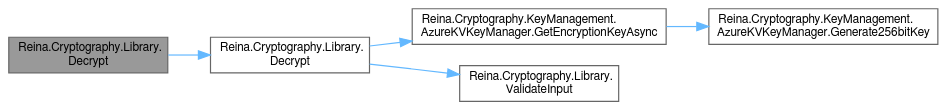
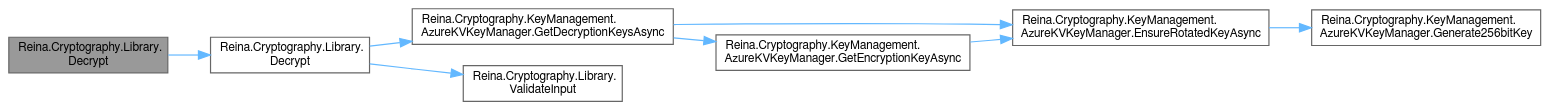
The diagram in class_reina_1_1_cryptography_1_1_library_a08e8d9a9e8589565087dac21f0a0fbb8_cgraph.dot (fkitsantas/Reina.Cryptography), drawn with Graphviz before and after one commit. The commit also changed 76 other files, not shown here.

```diff
--- a/class_reina_1_1_cryptography_1_1_library_a08e8d9a9e8589565087dac21f0a0fbb8_cgraph.dot
+++ b/class_reina_1_1_cryptography_1_1_library_a08e8d9a9e8589565087dac21f0a0fbb8_cgraph.dot
@@ -1,17 +1,22 @@
 digraph "Reina.Cryptography.Library.Decrypt"
 {
  // LATEX_PDF_SIZE
   bgcolor="transparent";
   edge [fontname=FreeSans,fontsize=10,labelfontname=FreeSans,labelfontsize=10];
   node [fontname=FreeSans,fontsize=10,shape=box,height=0.2,width=0.4];
   rankdir="LR";
   Node1 [id="Node000001",label="Reina.Cryptography.Library.\lDecrypt",height=0.2,width=0.4,color="gray40", fillcolor="grey60", style="filled", fontcolor="black",tooltip="Decrypts a Base64-encoded string synchronously using a specified key retrieved asynchronously from Az..."];
   Node1 -> Node2 [id="edge1_Node000001_Node000002",color="steelblue1",style="solid",tooltip=" "];
   Node2 [id="Node000002",label="Reina.Cryptography.Library.\lDecrypt",height=0.2,width=0.4,color="grey40", fillcolor="white", style="filled",URL="$class_reina_1_1_cryptography_1_1_library.html#a98ecb713792622e2faac792d3f31015c",tooltip="Decrypts a Base64-encoded string using three distinct keys for Twofish, Serpent, and AES encryption a..."];
   Node2 -> Node3 [id="edge2_Node000002_Node000003",color="steelblue1",style="solid",tooltip=" "];
-  Node3 [id="Node000003",label="Reina.Cryptography.KeyManagement.\lAzureKVKeyManager.GetEncryptionKeyAsync",height=0.2,width=0.4,color="grey40", fillcolor="white", style="filled",URL="$class_reina_1_1_cryptography_1_1_key_management_1_1_azure_k_v_key_manager.html#a48457dd60e2243549a799ebaa8008ed5",tooltip="Asynchronously retrieves an encryption key from Azure Key Vault or the local cache."];
+  Node3 [id="Node000003",label="Reina.Cryptography.KeyManagement.\lAzureKVKeyManager.GetDecryptionKeysAsync",height=0.2,width=0.4,color="grey40", fillcolor="white", style="filled",URL="$class_reina_1_1_cryptography_1_1_key_management_1_1_azure_k_v_key_manager.html#a75fbfb0eb22d28ccb97d25dda48a9abf",tooltip="Asynchronously retrieves an encryption key from Azure Key Vault or the local cache."];
   Node3 -> Node4 [id="edge3_Node000003_Node000004",color="steelblue1",style="solid",tooltip=" "];
-  Node4 [id="Node000004",label="Reina.Cryptography.KeyManagement.\lAzureKVKeyManager.Generate256bitKey",height=0.2,width=0.4,color="grey40", fillcolor="white", style="filled",URL="$class_reina_1_1_cryptography_1_1_key_management_1_1_azure_k_v_key_manager.html#aa6d24f34039e3f3a396f2d00c5beeaaa",tooltip="Generates a new 256-bit cryptographic key."];
-  Node2 -> Node5 [id="edge4_Node000002_Node000005",color="steelblue1",style="solid",tooltip=" "];
-  Node5 [id="Node000005",label="Reina.Cryptography.Library.\lValidateInput",height=0.2,width=0.4,color="grey40", fillcolor="white", style="filled",URL="$class_reina_1_1_cryptography_1_1_library.html#ac5f3c144003488e101820b42d493ad1f",tooltip="Validates the input string and key names, ensuring they are not null or empty and adhere to the expec..."];
+  Node4 [id="Node000004",label="Reina.Cryptography.KeyManagement.\lAzureKVKeyManager.EnsureRotatedKeyAsync",height=0.2,width=0.4,color="grey40", fillcolor="white", style="filled",URL="$class_reina_1_1_cryptography_1_1_key_management_1_1_azure_k_v_key_manager.html#abca540502dc71b012ede463584bf63f2",tooltip="Ensures that a cryptographic key is present and rotated if necessary based on the configured threshol..."];
+  Node4 -> Node5 [id="edge4_Node000004_Node000005",color="steelblue1",style="solid",tooltip=" "];
+  Node5 [id="Node000005",label="Reina.Cryptography.KeyManagement.\lAzureKVKeyManager.Generate256bitKey",height=0.2,width=0.4,color="grey40", fillcolor="white", style="filled",URL="$class_reina_1_1_cryptography_1_1_key_management_1_1_azure_k_v_key_manager.html#aa6d24f34039e3f3a396f2d00c5beeaaa",tooltip="Generates a new 256-bit cryptographic key."];
+  Node3 -> Node6 [id="edge5_Node000003_Node000006",color="steelblue1",style="solid",tooltip=" "];
+  Node6 [id="Node000006",label="Reina.Cryptography.KeyManagement.\lAzureKVKeyManager.GetEncryptionKeyAsync",height=0.2,width=0.4,color="grey40", fillcolor="white", style="filled",URL="$class_reina_1_1_cryptography_1_1_key_management_1_1_azure_k_v_key_manager.html#a8cc7bef1fdb0aba8eb4bab50d5cbb023",tooltip="Asynchronously retrieves an encryption key from Azure Key Vault or the local cache."];
+  Node6 -> Node4 [id="edge6_Node000006_Node000004",color="steelblue1",style="solid",tooltip=" "];
+  Node2 -> Node7 [id="edge7_Node000002_Node000007",color="steelblue1",style="solid",tooltip=" "];
+  Node7 [id="Node000007",label="Reina.Cryptography.Library.\lValidateInput",height=0.2,width=0.4,color="grey40", fillcolor="white", style="filled",URL="$class_reina_1_1_cryptography_1_1_library.html#ac5f3c144003488e101820b42d493ad1f",tooltip="Validates the input string and key names, ensuring they are not null or empty and adhere to the expec..."];
 }
```
